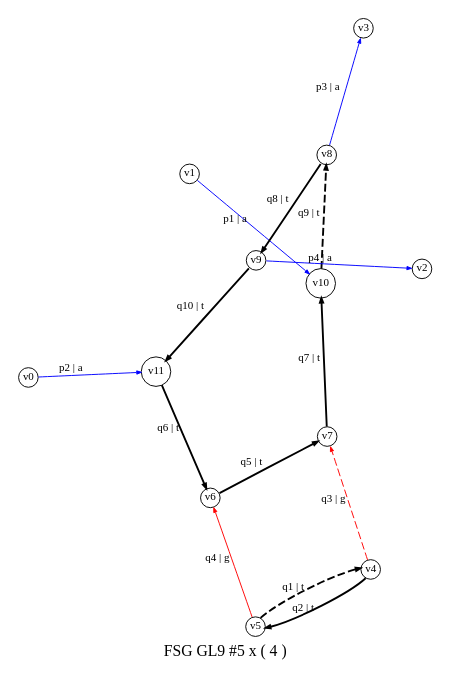
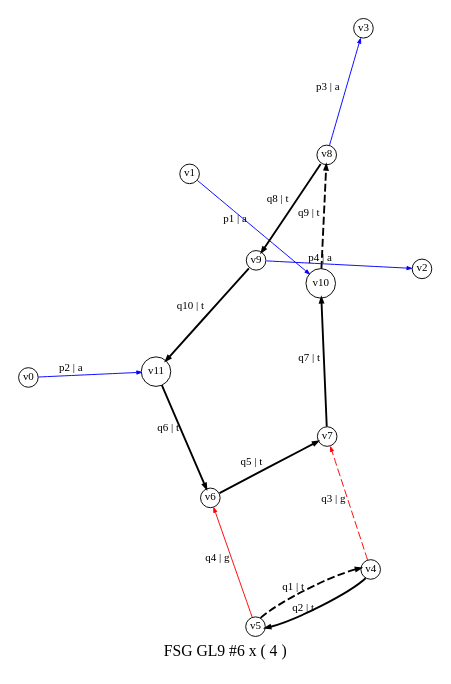
One commit to alphal00p/alphaLoopMisc changed the diagram in aa_ttx/SupplementaryMaterial/drawings/GL9.dot. Above: the diagram before and after it, drawn with Graphviz. The commit also changed 139 other files, not shown here.

```diff
--- a/aa_ttx/SupplementaryMaterial/drawings/GL9.dot
+++ b/aa_ttx/SupplementaryMaterial/drawings/GL9.dot
@@ -1,25 +1,25 @@
 digraph dot_5_0_GL9 {
-label="FSG GL9 #5 x ( 4 )";
+label="FSG GL9 #6 x ( 4 )";
 noverlap="scale"; layout="neato";
 graph [ 
 overall_factor="NumeratorDependentGrouping(10,1,AntiFermionSpinSumSign(1)*AutG(1)^-1*ExternalFermionOrderingSign(1)*NumeratorIndependentSymmetryGrouping(2))+NumeratorDependentGrouping(9,1,AntiFermionSpinSumSign(1)*AutG(1)^-1*ExternalFermionOrderingSign(1)*NumeratorIndependentSymmetryGrouping(2))",
 overall_factor_evaluated="4",
 fontsize=10,ratio=1.5
  ];
 node [ fontsize=7,shape=circle,margin=0,height=0.01,penwidth=0.6 ];
 edge [ fontsize=7,arrowsize=0.3,penwidth=0.6 ];
 "v1" -> "v10" [label="p1 | a",color="blue",penwidth="0.6",style="solid"];
 "v0" -> "v11" [label="p2 | a",color="blue",penwidth="0.6",style="solid"];
 "v8" -> "v3" [label="p3 | a",color="blue",penwidth="0.6",style="solid"];
 "v9" -> "v2" [label="p4 | a",color="blue",penwidth="0.6",style="solid"];
 "v5" -> "v4" [label="q1 | t",color="black",penwidth="1.2",style="dashed"];
 "v4" -> "v5" [label="q2 | t",color="black",penwidth="1.2",style="solid"];
 "v4" -> "v7" [label="q3 | g",color="red",penwidth="0.6",style="dashed"];
 "v5" -> "v6" [label="q4 | g",color="red",penwidth="0.6",style="solid"];
 "v6" -> "v7" [label="q5 | t",color="black",penwidth="1.2",style="solid"];
 "v11" -> "v6" [label="q6 | t",color="black",penwidth="1.2",style="solid"];
 "v7" -> "v10" [label="q7 | t",color="black",penwidth="1.2",style="solid"];
 "v8" -> "v9" [label="q8 | t",color="black",penwidth="1.2",style="solid"];
 "v10" -> "v8" [label="q9 | t",color="black",penwidth="1.2",style="dashed"];
 "v9" -> "v11" [label="q10 | t",color="black",penwidth="1.2",style="solid"];
 }
```
